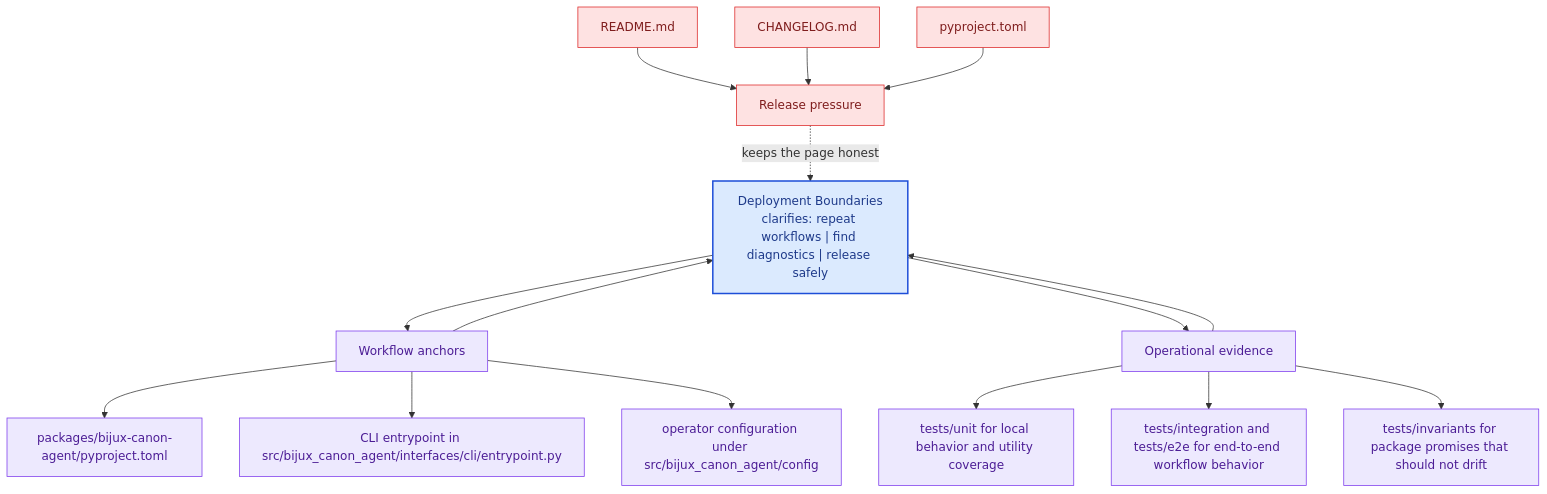
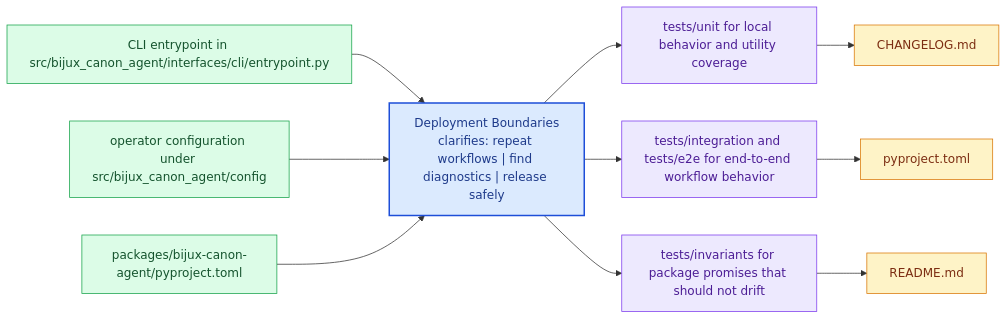
The diagram in docs/bijux-canon-agent/operations/deployment-boundaries.md (bijux/bijux-canon), drawn with Mermaid before and after one commit. The commit also changed other lines of this file and 281 other files, not shown here.

Commit message:
docs(diagrams): replace repeated mermaid scaffolds with page-specific summaries

````diff
--- a/docs/bijux-canon-agent/operations/deployment-boundaries.md
+++ b/docs/bijux-canon-agent/operations/deployment-boundaries.md
@@ -67,41 +22,31 @@
 ```mermaid
-flowchart TB
-    promise["Deployment Boundaries<br/>clarifies: repeat workflows | find diagnostics | release safely"]
-    classDef promise fill:#dbeafe,stroke:#1d4ed8,color:#1e3a8a,stroke-width:2px;
-    classDef driver fill:#dcfce7,stroke:#16a34a,color:#14532d;
-    classDef constraint fill:#fee2e2,stroke:#dc2626,color:#7f1d1d;
-    classDef ground fill:#ede9fe,stroke:#7c3aed,color:#4c1d95;
-    focus1["Workflow anchors"]
-    focus1 --> promise
-    promise --> focus1
-    focus1_1["packages/bijux-canon-agent/pyproject.toml"]
-    focus1 --> focus1_1
-    focus1_2["CLI entrypoint in src/bijux_canon_agent/interfaces/cli/entrypoint.py"]
-    focus1 --> focus1_2
-    focus1_3["operator configuration under src/bijux_canon_agent/config"]
-    focus1 --> focus1_3
-    class focus1 ground;
-    class focus1_1,focus1_2,focus1_3 ground;
-    focus2["Operational evidence"]
-    focus2 --> promise
-    promise --> focus2
-    focus2_1["tests/unit for local behavior and utility coverage"]
-    focus2 --> focus2_1
-    focus2_2["tests/integration and tests/e2e for end-to-end workflow behavior"]
-    focus2 --> focus2_2
-    focus2_3["tests/invariants for package promises that should not drift"]
-    focus2 --> focus2_3
-    class focus2 ground;
-    class focus2_1,focus2_2,focus2_3 ground;
-    focus3["Release pressure"]
-    focus3 -.keeps the page honest.-> promise
-    focus3_1["README.md"]
-    focus3_1 --> focus3
-    focus3_2["CHANGELOG.md"]
-    focus3_2 --> focus3
-    focus3_3["pyproject.toml"]
-    focus3_3 --> focus3
-    class focus3 constraint;
-    class focus3_1,focus3_2,focus3_3 constraint;
-    class promise promise;
+flowchart LR
+    page["Deployment Boundaries<br/>clarifies: repeat workflows | find diagnostics | release safely"]
+    classDef page fill:#dbeafe,stroke:#1d4ed8,color:#1e3a8a,stroke-width:2px;
+    classDef positive fill:#dcfce7,stroke:#16a34a,color:#14532d;
+    classDef caution fill:#fee2e2,stroke:#dc2626,color:#7f1d1d;
+    classDef anchor fill:#ede9fe,stroke:#7c3aed,color:#4c1d95;
+    classDef action fill:#fef3c7,stroke:#d97706,color:#7c2d12;
+    step1["CLI entrypoint in src/bijux_canon_agent/interfaces/cli/entrypoint.py"]
+    step1 --> page
+    step2["operator configuration under src/bijux_canon_agent/config"]
+    step2 --> page
+    step3["packages/bijux-canon-agent/pyproject.toml"]
+    step3 --> page
+    run1["tests/unit for local behavior and utility coverage"]
+    page --> run1
+    run2["tests/integration and tests/e2e for end-to-end workflow behavior"]
+    page --> run2
+    run3["tests/invariants for package promises that should not drift"]
+    page --> run3
+    release1["CHANGELOG.md"]
+    run1 --> release1
+    release2["pyproject.toml"]
+    run2 --> release2
+    release3["README.md"]
+    run3 --> release3
+    class page page;
+    class step1,step2,step3 positive;
+    class run1,run2,run3 anchor;
+    class release1,release2,release3 action;
 ```
````
